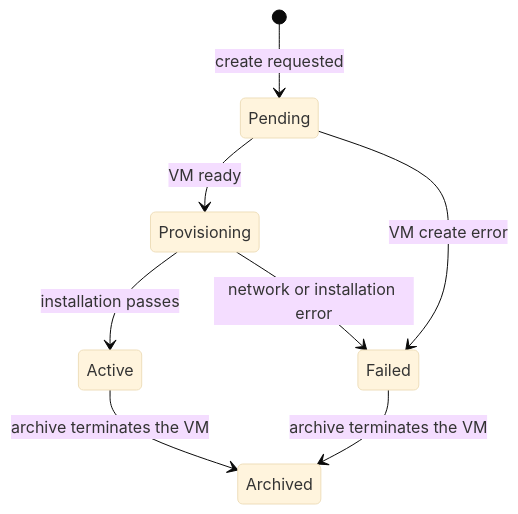
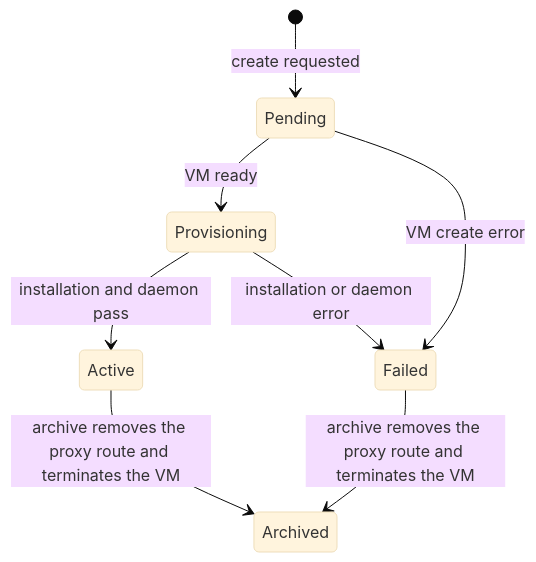
One commit to 20vikash/atlas changed the diagram in atlas/service/doctype/wireguard_gateway_server/SPEC.md. Above: the diagram before and after it, drawn with Mermaid (base theme). The commit also changed other lines of this file, not shown here.

Commit message:
docs(wg-gateway): describe the daemon phases and peer API

````diff
--- a/atlas/service/doctype/wireguard_gateway_server/SPEC.md
+++ b/atlas/service/doctype/wireguard_gateway_server/SPEC.md
@@ -16,10 +16,10 @@
 ```mermaid
 stateDiagram-v2
     [*] --> Pending: create requested
     Pending --> Provisioning: VM ready
     Pending --> Failed: VM create error
-    Provisioning --> Active: installation passes
-    Provisioning --> Failed: network or installation error
-    Active --> Archived: archive terminates the VM
-    Failed --> Archived: archive terminates the VM
+    Provisioning --> Active: installation and daemon pass
+    Provisioning --> Failed: installation or daemon error
+    Active --> Archived: archive removes the proxy route and terminates the VM
+    Failed --> Archived: archive removes the proxy route and terminates the VM
 ```
````
